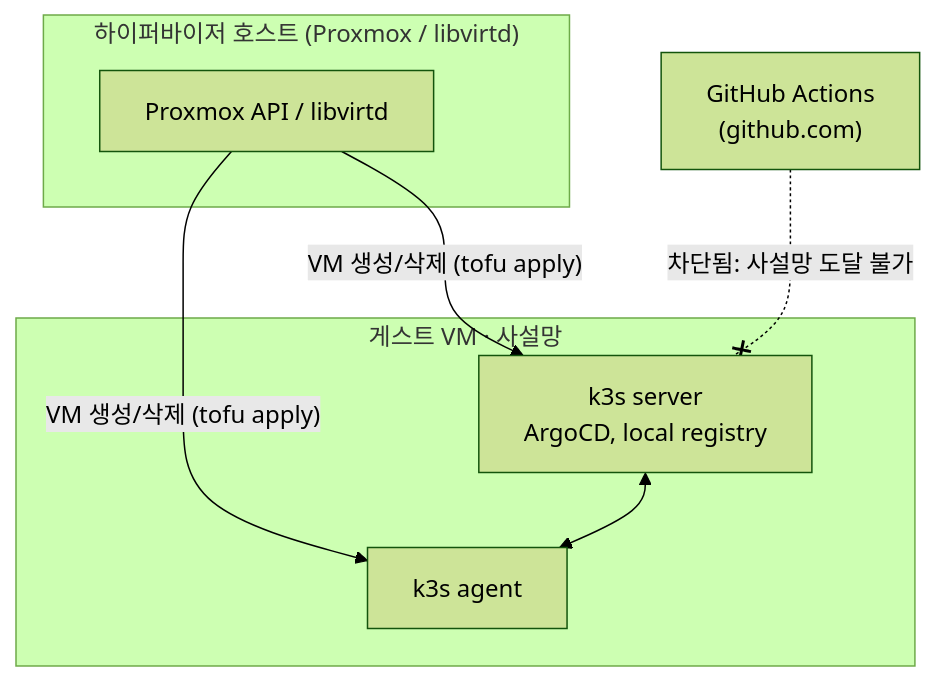
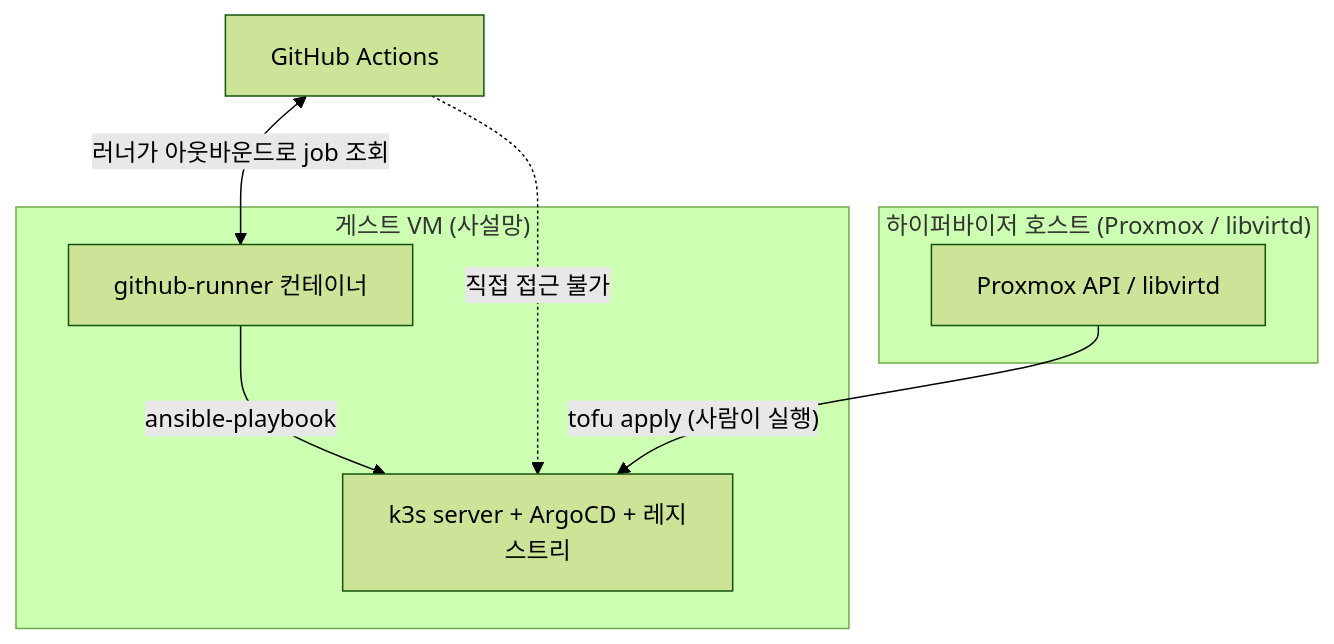
The second of 3 diagrams in docs/architecture.md (gjwnssud/iac-multicloud), drawn with Mermaid (forest theme) before and after one commit. The commit also changed other lines of this file and 8 other files, not shown here.

````diff
--- a/docs/architecture.md
+++ b/docs/architecture.md
@@ -44,18 +70,15 @@
 ```mermaid
 flowchart TB
-  GH["GitHub Actions\n(github.com)"]
-
+  GH["GitHub Actions"]
   subgraph HOST["하이퍼바이저 호스트 (Proxmox / libvirtd)"]
     API["Proxmox API / libvirtd"]
   end
-
-  subgraph VM["게스트 VM · 사설망"]
-    SRV["k3s server\nArgoCD, local registry"]
-    AGT["k3s agent"]
-    SRV <--> AGT
+  subgraph VM["게스트 VM (사설망)"]
+    RUNNER["github-runner 컨테이너"]
+    SRV["k3s server + ArgoCD + 레지스트리"]
   end
-
-  API -->|"VM 생성/삭제 (tofu apply)"| SRV
-  API -->|"VM 생성/삭제 (tofu apply)"| AGT
-  GH -.차단됨: 사설망 도달 불가.-x SRV
+  GH <-->|"러너가 아웃바운드로 job 조회"| RUNNER
+  RUNNER -->|"ansible-playbook"| SRV
+  API -->|"tofu apply (사람이 실행)"| SRV
+  GH -.->|"직접 접근 불가"| SRV
 ```
````
